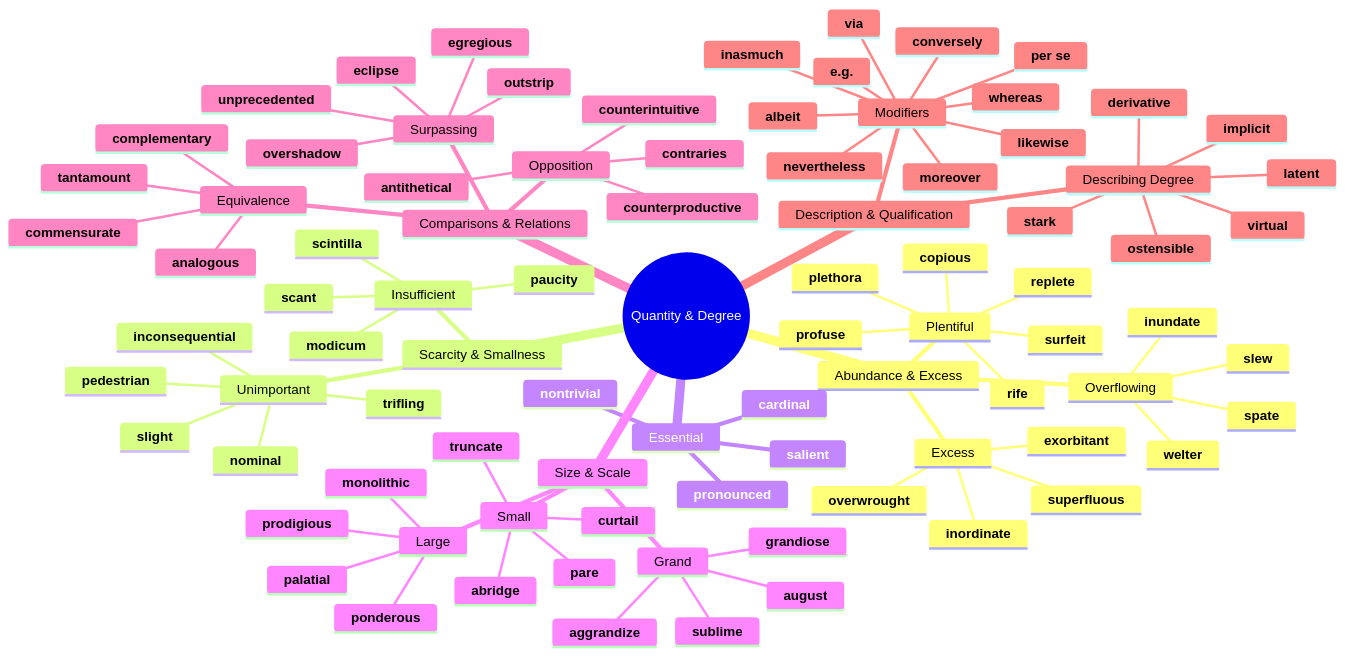
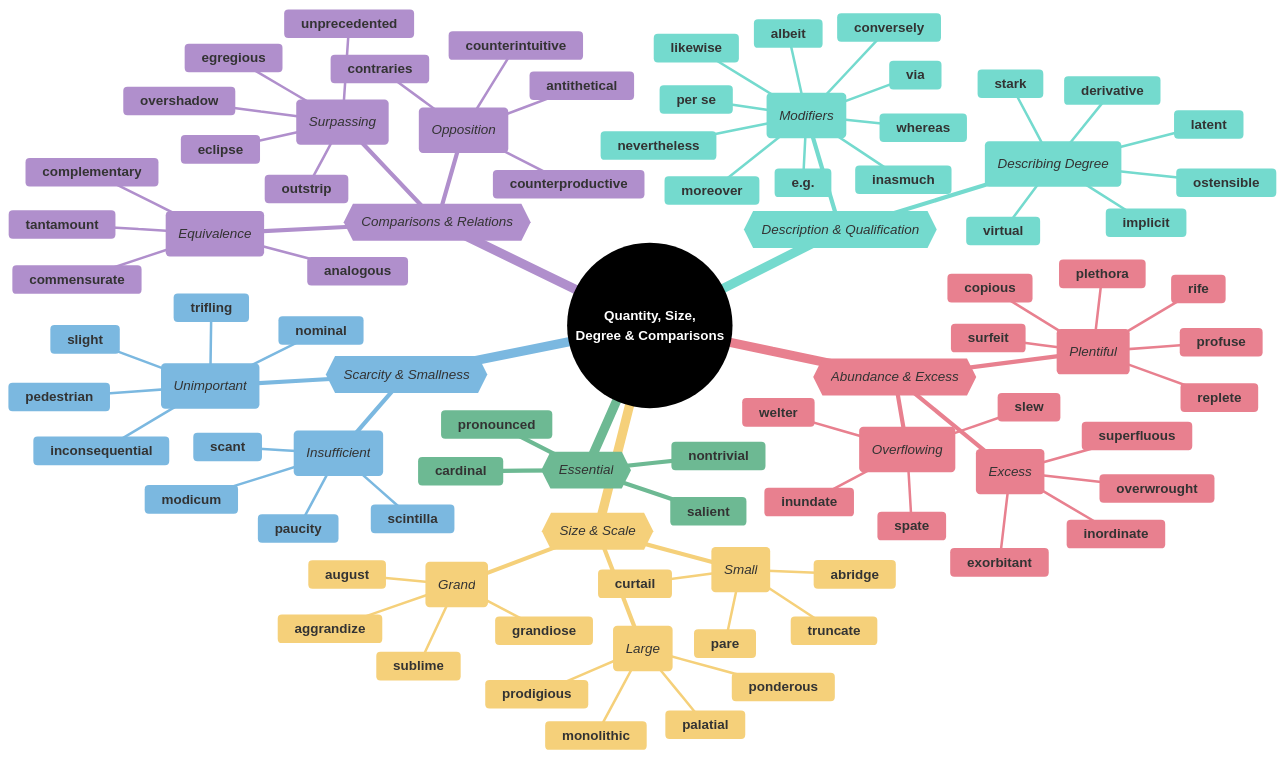
One commit to 95anantsingh/gre-preparation changed the first of 7 diagrams in mindmaps/18-quantity-size-and-degree.md. Above: the diagram before and after it, drawn with Mermaid. The commit also changed other lines of this file and 14 other files, not shown here.

````diff
--- a/mindmaps/18-quantity-size-and-degree.md
+++ b/mindmaps/18-quantity-size-and-degree.md
@@ -5,76 +5,95 @@
 ```mermaid
+%%{
+  init: {
+    "theme": "base",
+    "themeVariables": {
+      "primaryColor": "#000000",
+      "cScale1": "#e8808f",  "cScaleInv1": "#a33445",
+      "cScale2": "#7bb8e0",  "cScaleInv2": "#266a93",
+      "cScale3": "#6db993",  "cScaleInv3": "#23543f",
+      "cScale4": "#f5d07a",  "cScaleInv4": "#c4903b",
+      "cScale5": "#b08fcc",  "cScaleInv5": "#5d3b75",
+      "cScale6": "#74dace",  "cScaleInv6": "#217d72",
+      "cScale7": "#f09570",  "cScaleInv7": "#b84112",
+      "cScale8": "#8ea8c2",  "cScaleInv8": "#32465e",
+      "cScale9": "#cc7fba",  "cScaleInv9": "#7d2868",
+      "cScale10": "#c99a78", "cScaleInv10": "#7c4e32",
+      "cScale11": "#a3a3a3", "cScaleInv11": "#3d3d3d"
+    }
+  }
+}%%
 mindmap
-  root((Quantity & Degree))
-    Abundance & Excess
-      Plentiful
+  root((<font color=white>**Quantity, Size, </br>Degree & Comparisons**</font>))
+    {{_Abundance & Excess_}}
+      (_Plentiful_)
         **copious**
         **replete**
         **plethora**
         **surfeit**
         **profuse**
         **rife**
-      Excess
+      (_Excess_)
         **inordinate**
         **exorbitant**
         **superfluous**
         **overwrought**
-      Overflowing
+      (_Overflowing_)
         **inundate**
         **spate**
         **slew**
         **welter**
-    Scarcity & Smallness
-      Insufficient
+    {{_Scarcity & Smallness_}}
+      (_Insufficient_)
         **scant**
         **paucity**
         **modicum**
         **scintilla**
-      Unimportant
+      (_Unimportant_)
         **nominal**
         **trifling**
         **slight**
         **inconsequential**
         **pedestrian**
-    Essential
+    {{_Essential_}}
       **nontrivial**
       **cardinal**
       **salient**
       **pronounced**
-    Size & Scale
-      Large
+    {{_Size & Scale_}}
+      (_Large_)
         **prodigious**
         **palatial**
         **ponderous**
         **monolithic**
-      Grand
+      (_Grand_)
         **grandiose**
         **aggrandize**
         **sublime**
         **august**
-      Small
+      (_Small_)
         **abridge**
         **pare**
         **curtail**
         **truncate**
-    Comparisons & Relations
-      Equivalence
+    {{_Comparisons & Relations_}}
+      (_Equivalence_)
         **commensurate**
         **complementary**
         **analogous**
         **tantamount**
-      Surpassing
+      (_Surpassing_)
         **outstrip**
         **eclipse**
         **overshadow**
         **unprecedented**
         **egregious**
-      Opposition
+      (_Opposition_)
         **counterintuitive**
         **counterproductive**
         **antithetical**
         **contraries**
-    Description & Qualification
-      Modifiers
+    {{_Description & Qualification_}}
+      (_Modifiers_)
         **albeit**
         **whereas**
         **nevertheless**
@@ -85,7 +104,7 @@
         **per se**
         **e.g.**
         **via**
-      Describing Degree
+      (_Describing Degree_)
         **stark**
         **latent**
         **ostensible**
````
